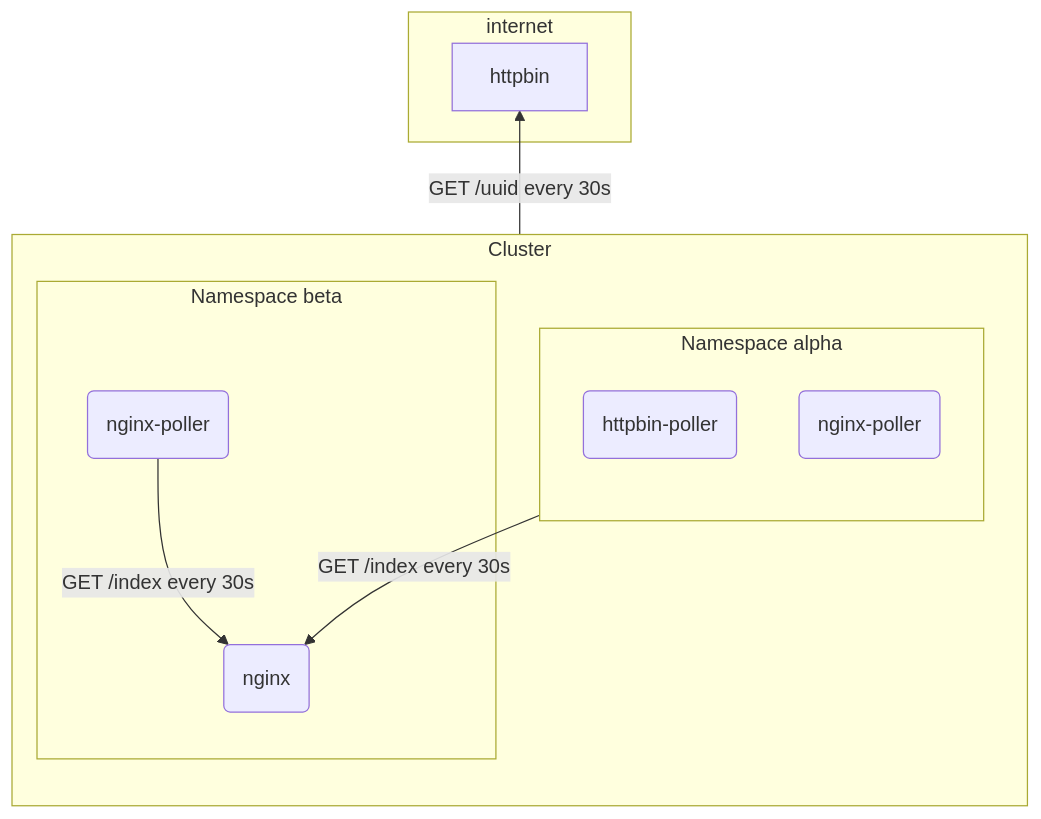
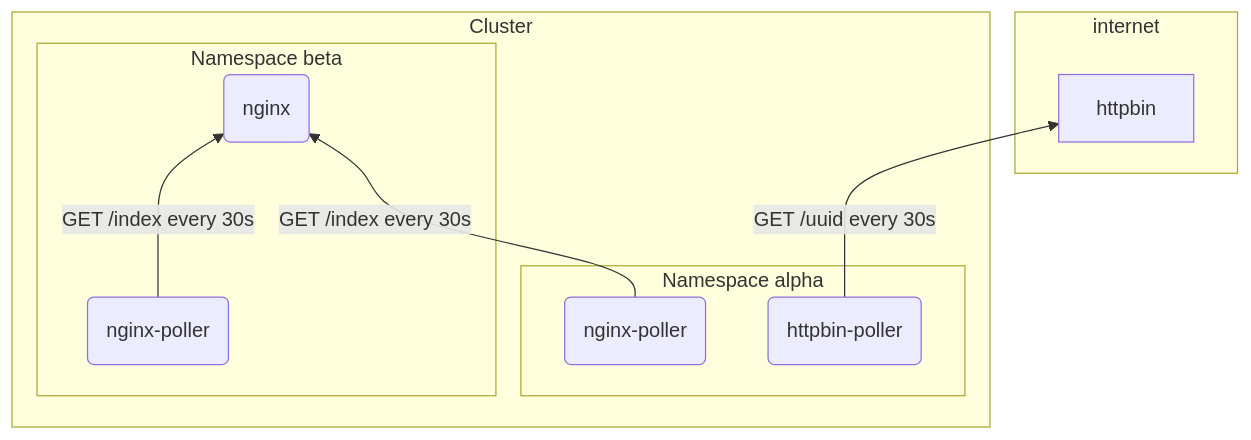
One commit to floriandorau/k8s-network-profiles changed the diagram in README.md. Above: the diagram before and after it, drawn with Mermaid. The commit also changed other lines of this file, not shown here.

````diff
--- a/README.md
+++ b/README.md
@@ -9,18 +9,16 @@
 ```mermaid
 flowchart BT
     subgraph internet
         httpbin
     end
-    subgraph Cluster
-        direction TB
-        subgraph Namespace alpha
-            direction TB
+    subgraph Cluster        
+        subgraph Namespace alpha            
             id1(httpbin-poller)-- GET /uuid every 30s -->httpbin
             id2(nginx-poller)
         end
         subgraph Namespace beta
             id2(nginx-poller)-- GET /index every 30s -->id4(nginx)
             id3(nginx-poller)-- GET /index every 30s -->id4(nginx)
         end
     end
 ```
````
